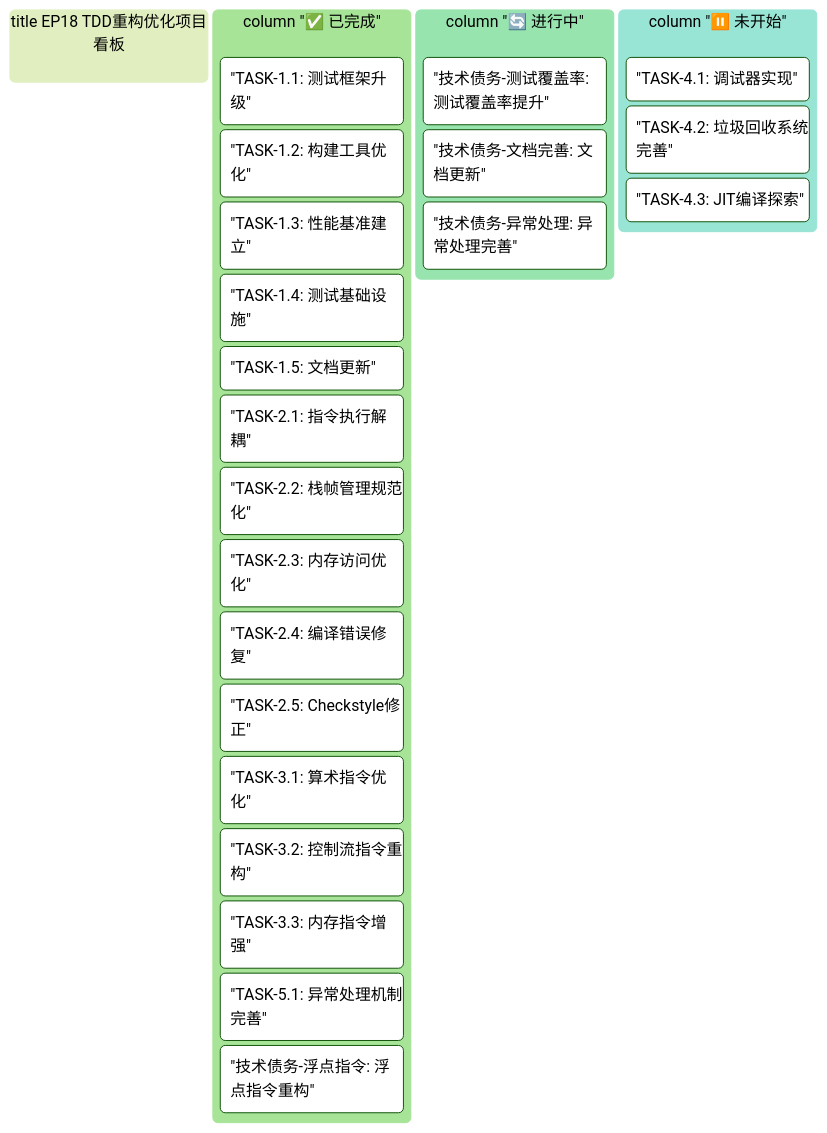
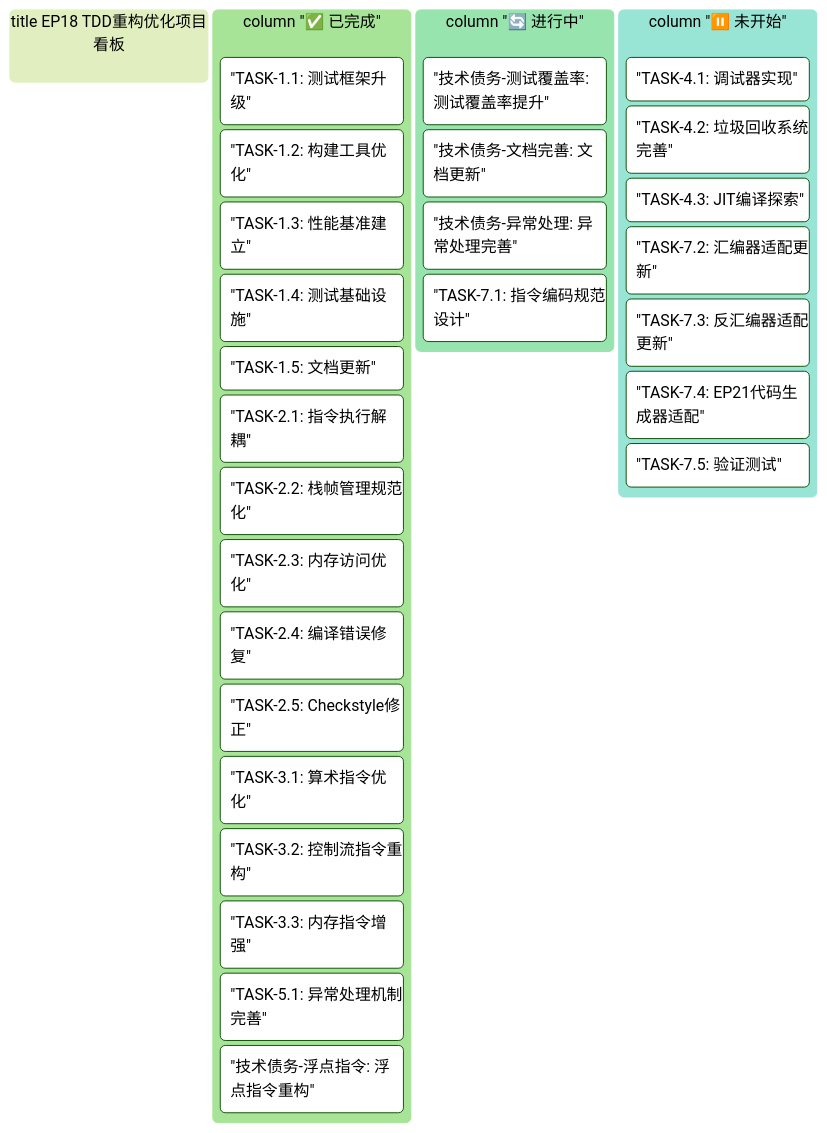
Before and after one commit to whtoo/How_to_implment_PL_in_Antlr4: the second of 2 diagrams in ep18/docs/EP18_TDD_重构优化方案.md, drawn with Mermaid (forest theme). The commit also changed other lines of this file and 27 other files, not shown here.

````diff
--- a/ep18/docs/EP18_TDD_重构优化方案.md
+++ b/ep18/docs/EP18_TDD_重构优化方案.md
@@ -62,28 +73,33 @@
 ```mermaid
 kanban
   title EP18 TDD重构优化项目看板
   column "✅ 已完成"
     "TASK-1.1: 测试框架升级"
     "TASK-1.2: 构建工具优化"
     "TASK-1.3: 性能基准建立"
     "TASK-1.4: 测试基础设施"
     "TASK-1.5: 文档更新"
     "TASK-2.1: 指令执行解耦"
     "TASK-2.2: 栈帧管理规范化"
     "TASK-2.3: 内存访问优化"
     "TASK-2.4: 编译错误修复"
     "TASK-2.5: Checkstyle修正"
     "TASK-3.1: 算术指令优化"
     "TASK-3.2: 控制流指令重构"
     "TASK-3.3: 内存指令增强"
     "TASK-5.1: 异常处理机制完善"
     "技术债务-浮点指令: 浮点指令重构"
   column "🔄 进行中"
     "技术债务-测试覆盖率: 测试覆盖率提升"
     "技术债务-文档完善: 文档更新"
     "技术债务-异常处理: 异常处理完善"
+    "TASK-7.1: 指令编码规范设计"
   column "⏸️ 未开始"
     "TASK-4.1: 调试器实现"
     "TASK-4.2: 垃圾回收系统完善"
     "TASK-4.3: JIT编译探索"
+    "TASK-7.2: 汇编器适配更新"
+    "TASK-7.3: 反汇编器适配更新"
+    "TASK-7.4: EP21代码生成器适配"
+    "TASK-7.5: 验证测试"
 ```
````
